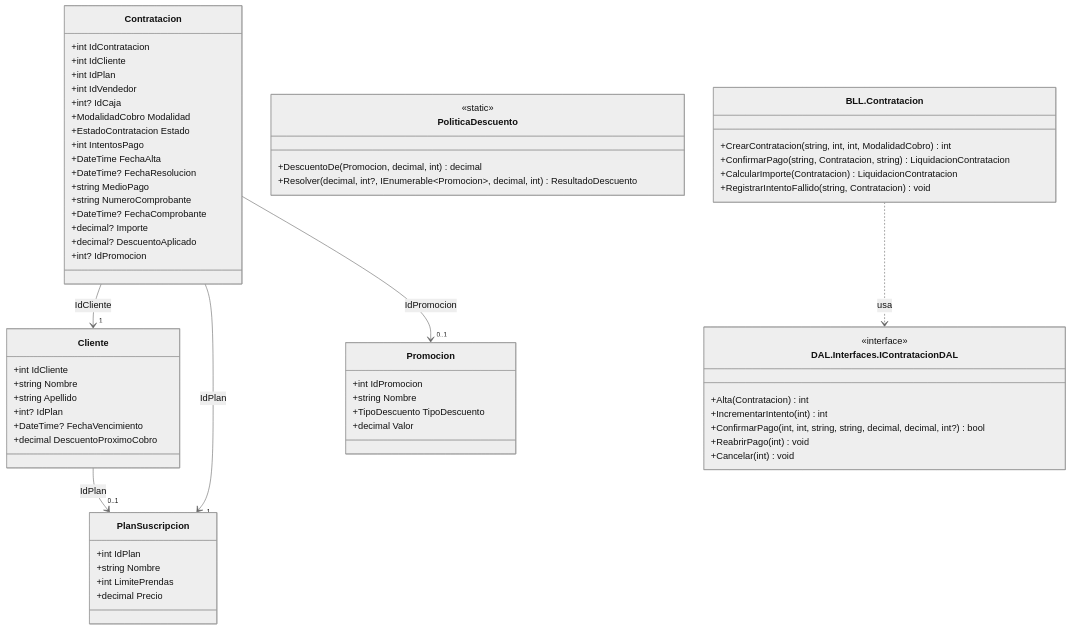
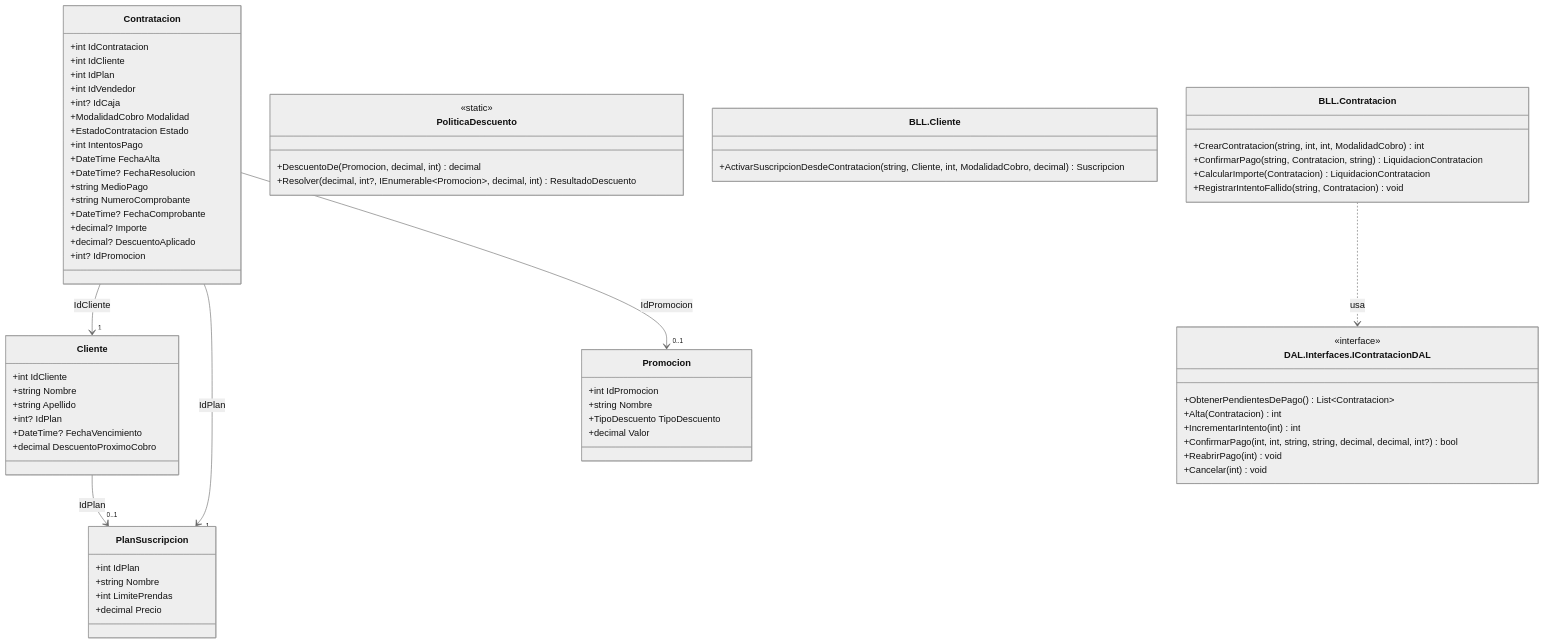
One commit to valentinamorana/Trabajo-de-Diploma changed the diagram in docs/diagramas/mermaid/CLASES_pn02_contrataciones.mmd. Above: the diagram before and after it, drawn with Mermaid (neutral theme). The commit also changed 16 other files, not shown here.

```diff
--- a/docs/diagramas/mermaid/CLASES_pn02_contrataciones.mmd
+++ b/docs/diagramas/mermaid/CLASES_pn02_contrataciones.mmd
@@ -1,64 +1,68 @@
 classDiagram
   direction TB
   class Contratacion {
     +int IdContratacion
     +int IdCliente
     +int IdPlan
     +int IdVendedor
     +int? IdCaja
     +ModalidadCobro Modalidad
     +EstadoContratacion Estado
     +int IntentosPago
     +DateTime FechaAlta
     +DateTime? FechaResolucion
     +string MedioPago
     +string NumeroComprobante
     +DateTime? FechaComprobante
     +decimal? Importe
     +decimal? DescuentoAplicado
     +int? IdPromocion
   }
   class Cliente {
     +int IdCliente
     +string Nombre
     +string Apellido
     +int? IdPlan
     +DateTime? FechaVencimiento
     +decimal DescuentoProximoCobro
   }
   class PlanSuscripcion {
     +int IdPlan
     +string Nombre
     +int LimitePrendas
     +decimal Precio
   }
   class Promocion {
     +int IdPromocion
     +string Nombre
     +TipoDescuento TipoDescuento
     +decimal Valor
   }
   class PoliticaDescuento {
     <<static>>
     +DescuentoDe(Promocion,  decimal,  int) decimal
     +Resolver(decimal,  int?,  IEnumerable~Promocion~,  decimal,  int) ResultadoDescuento
   }
+  class BLL_Cliente["BLL.Cliente"] {
+    +ActivarSuscripcionDesdeContratacion(string,  Cliente,  int,  ModalidadCobro,  decimal) Suscripcion
+  }
   class BLL_Contratacion["BLL.Contratacion"] {
     +CrearContratacion(string,  int,  int,  ModalidadCobro) int
     +ConfirmarPago(string,  Contratacion,  string) LiquidacionContratacion
     +CalcularImporte(Contratacion) LiquidacionContratacion
     +RegistrarIntentoFallido(string,  Contratacion) void
   }
   class DAL_Interfaces_IContratacionDAL["DAL.Interfaces.IContratacionDAL"] {
     <<interface>>
+    +ObtenerPendientesDePago() List~Contratacion~
     +Alta(Contratacion) int
     +IncrementarIntento(int) int
     +ConfirmarPago(int,  int,  string,  string,  decimal,  decimal,  int?) bool
     +ReabrirPago(int) void
     +Cancelar(int) void
   }
   Contratacion --> "1" Cliente : IdCliente
   Contratacion --> "1" PlanSuscripcion : IdPlan
   Contratacion --> "0..1" Promocion : IdPromocion
   Cliente --> "0..1" PlanSuscripcion : IdPlan
   BLL_Contratacion ..> DAL_Interfaces_IContratacionDAL : usa
```
